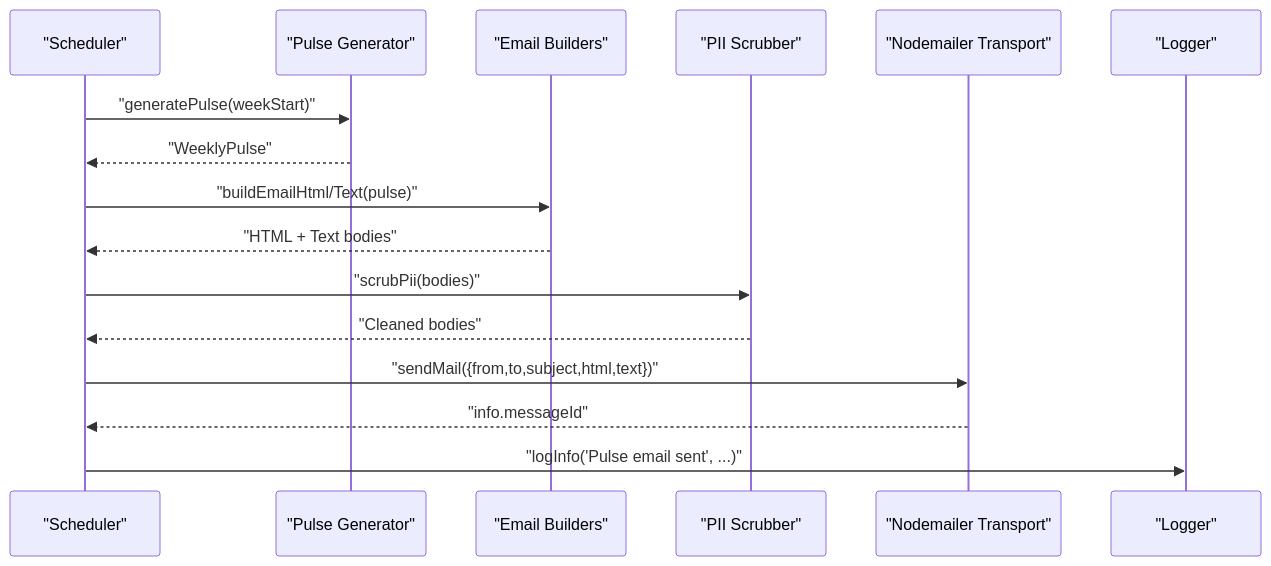
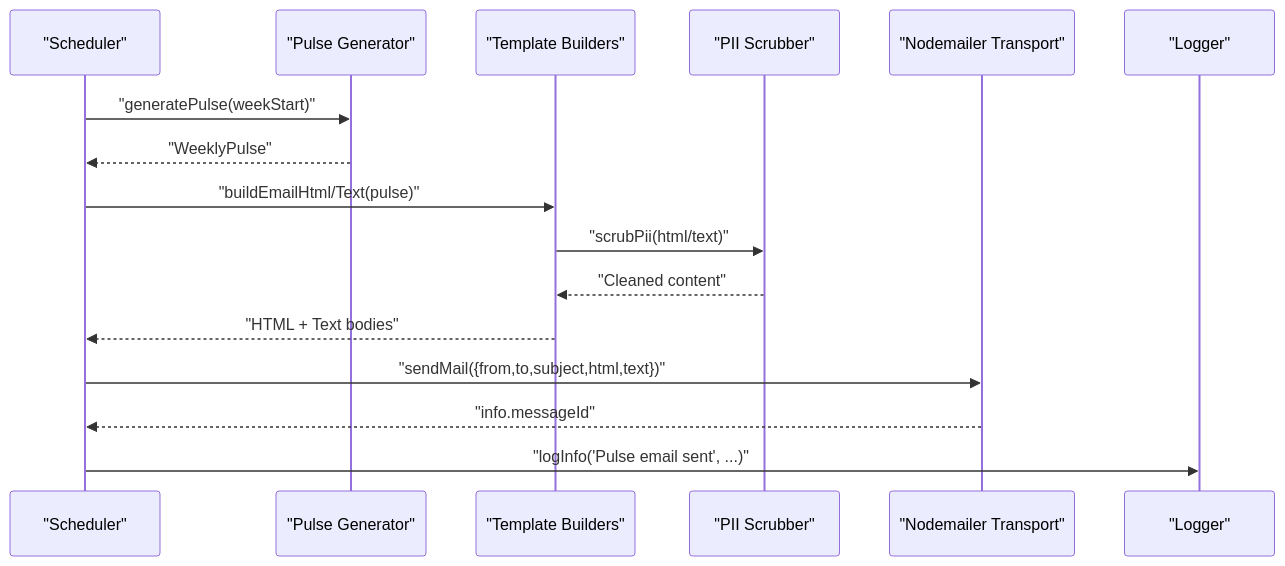
The second of 3 diagrams in .qoder/repowiki/en/content/Phase 2_ Advanced Analytics & Automation/Email Service & Delivery.md (aravinthraj-ramalingam/Groww-App-Review-Insights-Analyzer-), drawn with Mermaid before and after one commit. The commit also changed other lines of this file and 11 other files, not shown here.

````diff
--- a/.qoder/repowiki/en/content/Phase 2_ Advanced Analytics & Automation/Email Service & Delivery.md
+++ b/.qoder/repowiki/en/content/Phase 2_ Advanced Analytics & Automation/Email Service & Delivery.md
@@ -120,18 +128,18 @@
 ```mermaid
 sequenceDiagram
 participant Cron as "Scheduler"
 participant Gen as "Pulse Generator"
-participant Tmpl as "Email Builders"
+participant Tmpl as "Template Builders"
 participant Scrub as "PII Scrubber"
 participant SMTP as "Nodemailer Transport"
 participant Log as "Logger"
 Cron->>Gen : "generatePulse(weekStart)"
 Gen-->>Cron : "WeeklyPulse"
 Cron->>Tmpl : "buildEmailHtml/Text(pulse)"
+Tmpl->>Scrub : "scrubPii(html/text)"
+Scrub-->>Tmpl : "Cleaned content"
 Tmpl-->>Cron : "HTML + Text bodies"
-Cron->>Scrub : "scrubPii(bodies)"
-Scrub-->>Cron : "Cleaned bodies"
 Cron->>SMTP : "sendMail({from,to,subject,html,text})"
 SMTP-->>Cron : "info.messageId"
 Cron->>Log : "logInfo('Pulse email sent', ...)"
 ```
````
